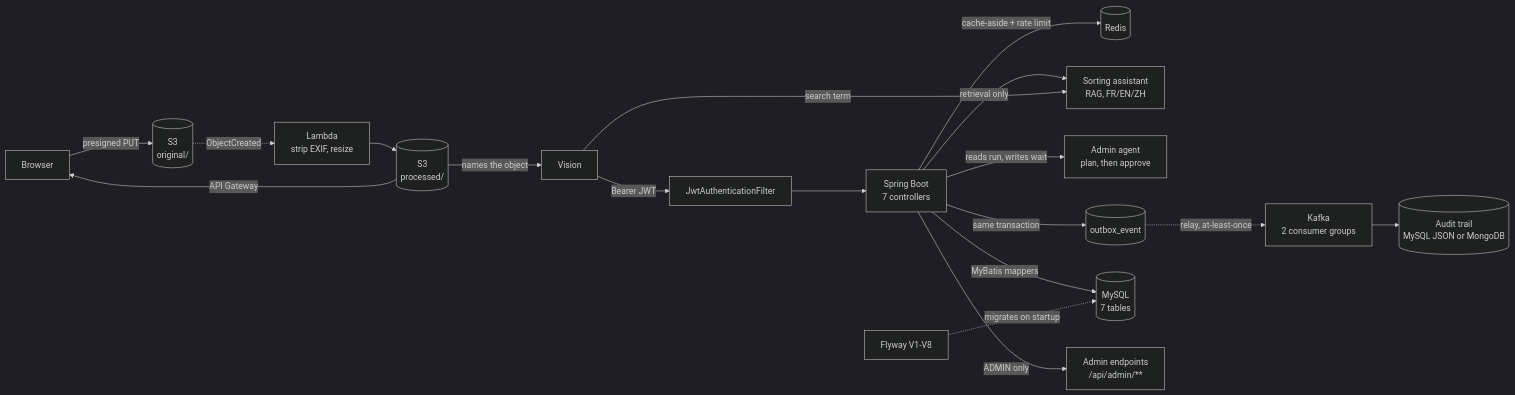
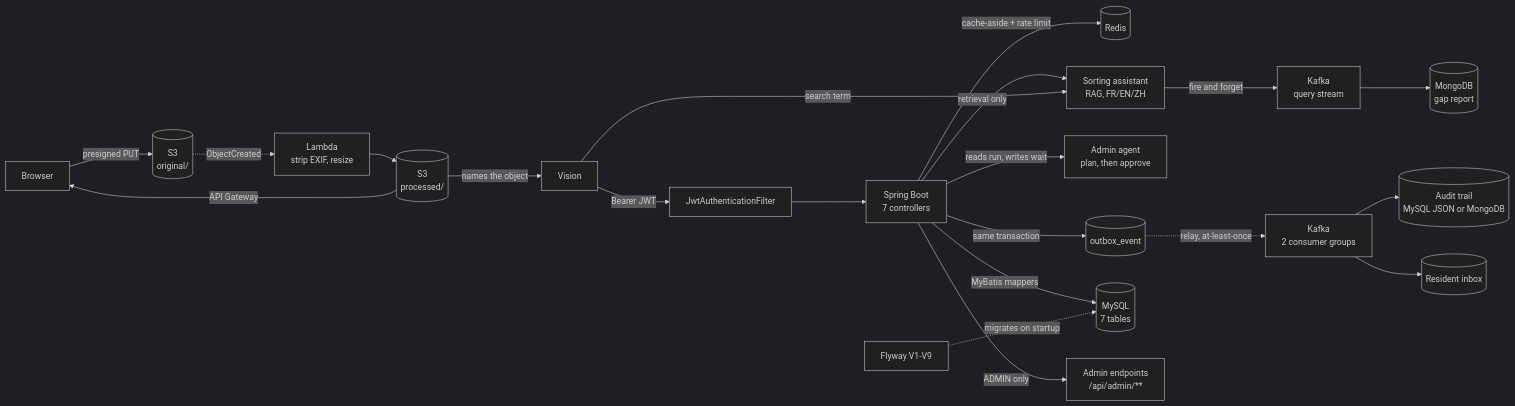
Before and after one commit to kingmars2022/blainville-waste-sorting: the diagram in README.md, drawn with Mermaid (dark theme). The commit also changed other lines of this file and 31 other files, not shown here.

First line of the commit message:
feat: give the idle technologies a job - gap analytics, a real inbox, answer caching

````diff
--- a/README.md
+++ b/README.md
@@ -8,20 +8,23 @@
 ```mermaid
 flowchart LR
     V["Vue 3 console<br/>FR / EN / ZH"] -->|"Bearer JWT"| F["JwtAuthenticationFilter"]
     F --> A["Spring Boot<br/>7 controllers"]
     A -->|"cache-aside + rate limit"| R[("Redis")]
     A -->|"retrieval only"| AI["Sorting assistant<br/>RAG, FR/EN/ZH"]
     A -->|"reads run, writes wait"| AG["Admin agent<br/>plan, then approve"]
     B["Browser"] -->|"presigned PUT"| S3[("S3<br/>original/")]
     S3 -.->|"ObjectCreated"| L["Lambda<br/>strip EXIF, resize"]
     L --> S3P[("S3<br/>processed/")]
     S3P -->|"API Gateway"| B
     S3P -->|"names the object"| V["Vision"]
     V -->|"search term"| AI
     A -->|"same transaction"| OB[("outbox_event")]
     OB -.->|"relay, at-least-once"| K["Kafka<br/>2 consumer groups"]
     K --> AU[("Audit trail<br/>MySQL JSON or MongoDB")]
+    K --> IN[("Resident inbox")]
+    AI -->|"fire and forget"| K2["Kafka<br/>query stream"]
+    K2 --> MG[("MongoDB<br/>gap report")]
     A -->|"MyBatis mappers"| D[("MySQL<br/>7 tables")]
-    FW["Flyway V1-V8"] -.->|"migrates on startup"| D
+    FW["Flyway V1-V9"] -.->|"migrates on startup"| D
     A -->|"ADMIN only"| ADM["Admin endpoints<br/>/api/admin/**"]
 ```
````
